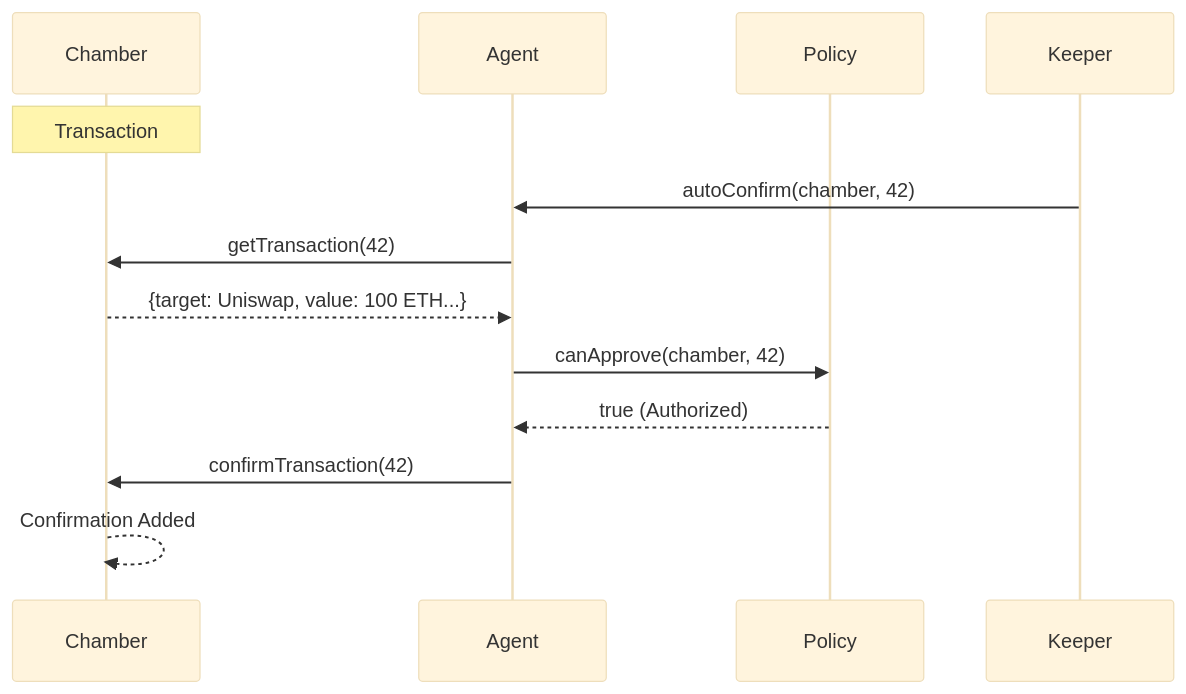
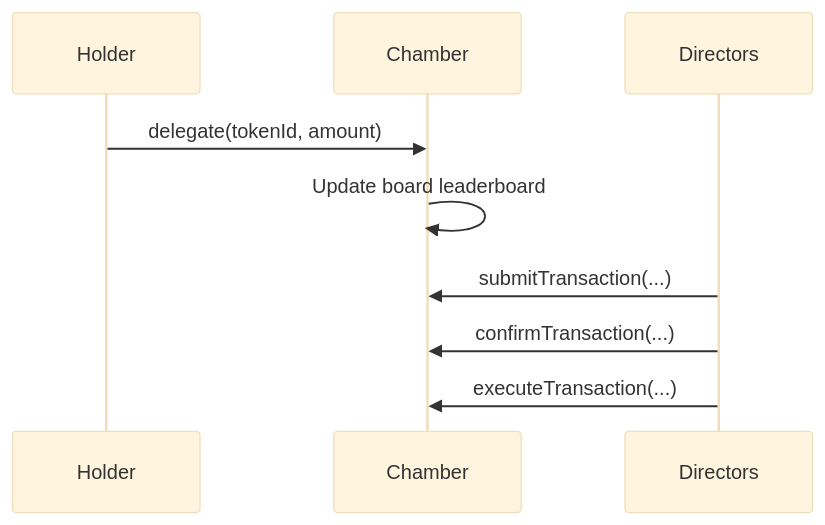
Before and after one commit to loreum-org/chamber: the diagram in app/src/docs/protocol/architecture.md, drawn with Mermaid (base theme). The commit also changed other lines of this file and 127 other files, not shown here.

````diff
--- a/app/src/docs/protocol/architecture.md
+++ b/app/src/docs/protocol/architecture.md
@@ -24,19 +21,13 @@
 ```mermaid
 sequenceDiagram
+    participant Holder
     participant Chamber
-    participant Agent
-    participant Policy
-    participant Keeper
+    participant Directors
 
-    Note over Chamber: Transaction #42 Proposed
-    
-    Keeper->>Agent: autoConfirm(chamber, 42)
-    Agent->>Chamber: getTransaction(42)
-    Chamber-->>Agent: {target: Uniswap, value: 100 ETH...}
-    
-    Agent->>Policy: canApprove(chamber, 42)
-    Policy-->>Agent: true (Authorized)
-    
-    Agent->>Chamber: confirmTransaction(42)
-    Chamber-->>Chamber: Confirmation Added
+    Holder->>Chamber: delegate(tokenId, amount)
+    Chamber->>Chamber: Update board leaderboard
+
+    Directors->>Chamber: submitTransaction(...)
+    Directors->>Chamber: confirmTransaction(...)
+    Directors->>Chamber: executeTransaction(...)
 ```
````
